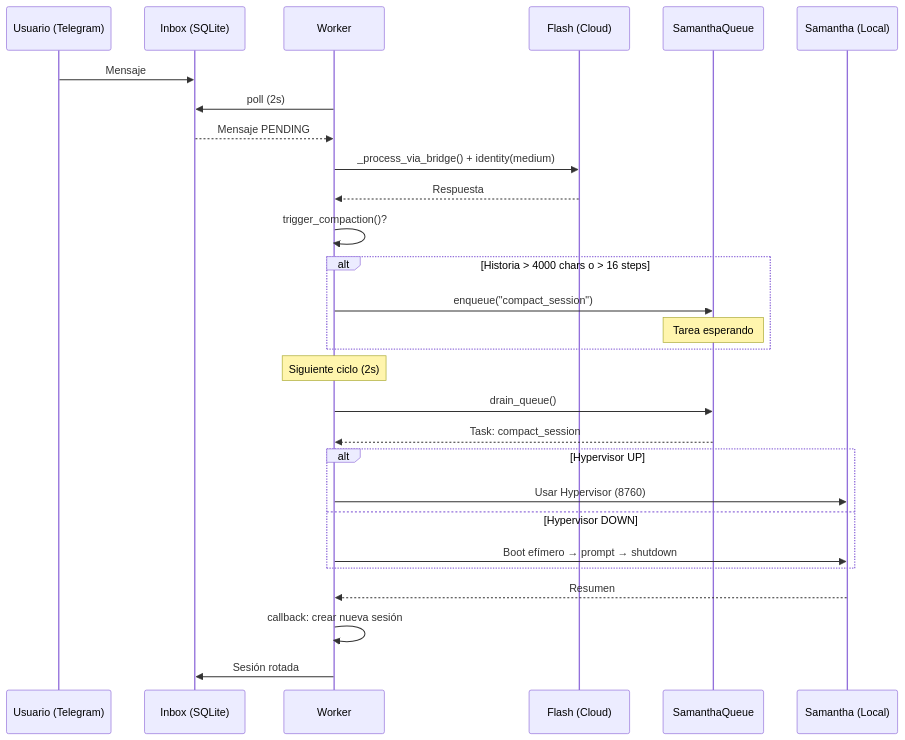
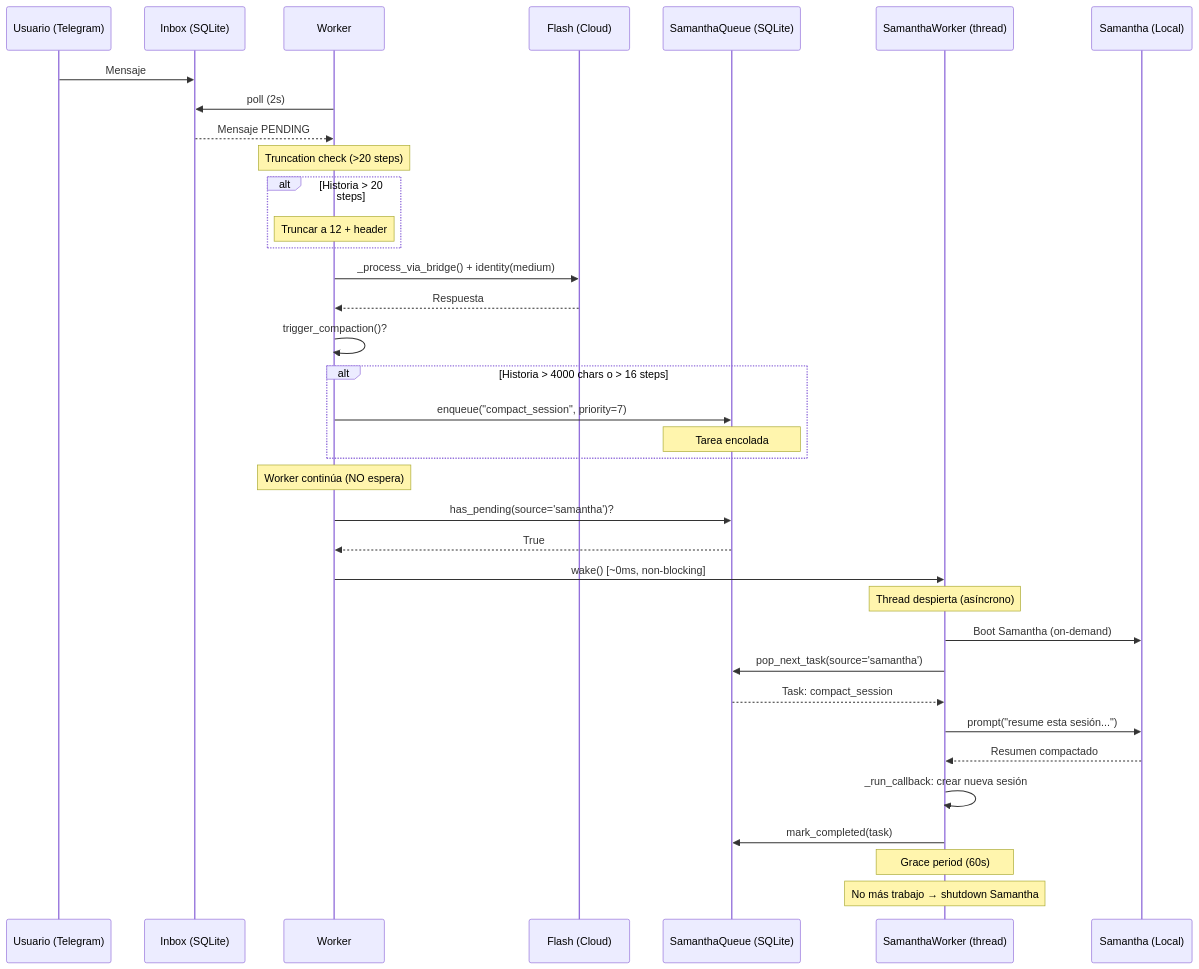
The third of 5 diagrams in docs/TECHNICAL/WAR_ECONOMY.md (joanfgarcia/antigravity-red-pill), drawn with Mermaid before and after one commit. The commit also changed other lines of this file and 1 other file, not shown here.

First line of the commit message:
docs: Update WAR_ECONOMY and CHANGELOG for v7.2 event-driven architecture

````diff
--- a/docs/TECHNICAL/WAR_ECONOMY.md
+++ b/docs/TECHNICAL/WAR_ECONOMY.md
@@ -276,37 +304,46 @@
 ```mermaid
 sequenceDiagram
     participant U as Usuario (Telegram)
     participant I as Inbox (SQLite)
     participant W as Worker
     participant F as Flash (Cloud)
-    participant Q as SamanthaQueue
+    participant Q as SamanthaQueue (SQLite)
+    participant SW as SamanthaWorker (thread)
     participant S as Samantha (Local)
 
     U->>I: Mensaje
     W->>I: poll (2s)
     I-->>W: Mensaje PENDING
+
+    Note over W: Truncation check (>20 steps)
+    alt Historia > 20 steps
+        Note over W: Truncar a 12 + header
+    end
 
     W->>F: _process_via_bridge() + identity(medium)
     F-->>W: Respuesta
 
     W->>W: trigger_compaction()?
     
     alt Historia > 4000 chars o > 16 steps
-        W->>Q: enqueue("compact_session")
-        Note over Q: Tarea esperando
+        W->>Q: enqueue("compact_session", priority=7)
+        Note over Q: Tarea encolada
     end
 
-    Note over W: Siguiente ciclo (2s)
-    W->>Q: drain_queue()
-    Q-->>W: Task: compact_session
+    Note over W: Worker continúa (NO espera)
+    W->>Q: has_pending(source='samantha')?
+    Q-->>W: True
+    W->>SW: wake() [~0ms, non-blocking]
+
+    Note over SW: Thread despierta (asíncrono)
+    SW->>S: Boot Samantha (on-demand)
+    SW->>Q: pop_next_task(source='samantha')
+    Q-->>SW: Task: compact_session
+    SW->>S: prompt("resume esta sesión...")
+    S-->>SW: Resumen compactado
+    SW->>SW: _run_callback: crear nueva sesión
+    SW->>Q: mark_completed(task)
     
-    alt Hypervisor UP
-        W->>S: Usar Hypervisor (8760)
-    else Hypervisor DOWN
-        W->>S: Boot efímero → prompt → shutdown
-    end
-    
-    S-->>W: Resumen
-    W->>W: callback: crear nueva sesión
-    W->>I: Sesión rotada
+    Note over SW: Grace period (60s)
+    Note over SW: No más trabajo → shutdown Samantha
 ```
````
